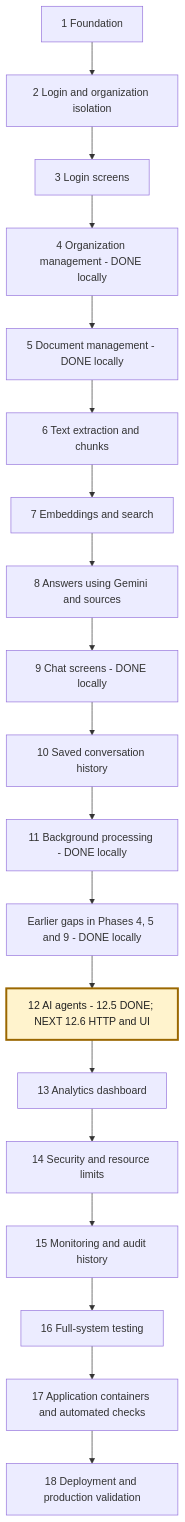
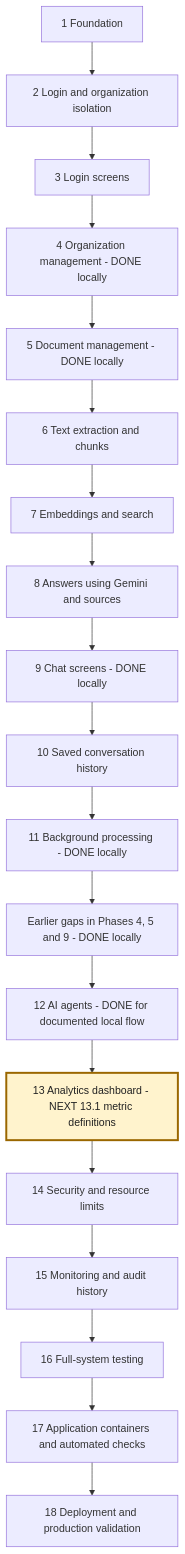
Before and after one commit to msdian0007/nexaAi: the second of 4 diagrams in NEXAAI_ROADMAP.md, drawn with Mermaid. The commit also changed other lines of this file and 17 other files, not shown here.

````diff
--- a/NEXAAI_ROADMAP.md
+++ b/NEXAAI_ROADMAP.md
@@ -190,22 +190,22 @@
 ```mermaid
 flowchart TD
     A[1 Foundation] --> B[2 Login and organization isolation]
     B --> C[3 Login screens]
     C --> D[4 Organization management - DONE locally]
     D --> E[5 Document management - DONE locally]
     E --> F[6 Text extraction and chunks]
     F --> G[7 Embeddings and search]
     G --> H[8 Answers using Gemini and sources]
     H --> I[9 Chat screens - DONE locally]
     I --> J[10 Saved conversation history]
     J --> K[11 Background processing - DONE locally]
     K --> L[Earlier gaps in Phases 4, 5 and 9 - DONE locally]
-    L --> M[12 AI agents - 12.5 DONE; NEXT 12.6 HTTP and UI]
-    M --> N[13 Analytics dashboard]
+    L --> M[12 AI agents - DONE for documented local flow]
+    M --> N[13 Analytics dashboard - NEXT 13.1 metric definitions]
     N --> O[14 Security and resource limits]
     O --> P[15 Monitoring and audit history]
     P --> Q[16 Full-system testing]
     Q --> R[17 Application containers and automated checks]
     R --> S[18 Deployment and production validation]
-    style M fill:#fff3cd,stroke:#9a6700,stroke-width:3px,color:#222
+    style N fill:#fff3cd,stroke:#9a6700,stroke-width:3px,color:#222
 ```
````
